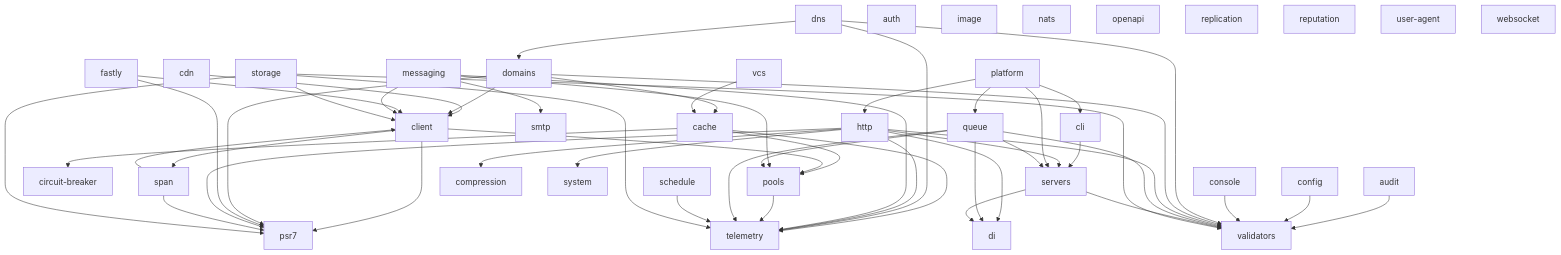
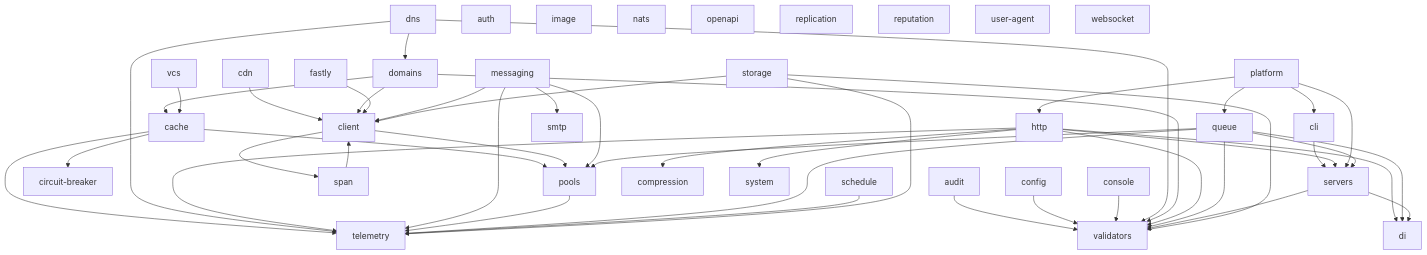
One commit to Neekoras/monorepo changed the diagram in README.md. Above: the diagram before and after it, drawn with Mermaid. The commit also changed 40 other files, not shown here.

````diff
--- a/README.md
+++ b/README.md
@@ -50,62 +50,56 @@
 ```mermaid
 graph TD
     audit --> validators
     cache --> circuit-breaker
     cache --> pools
     cache --> telemetry
     cdn --> client
     cli --> servers
     client --> pools
-    client --> psr7
     client --> span
     config --> validators
     console --> validators
     dns --> telemetry
     dns --> validators
     dns --> domains
     domains --> client
-    domains --> psr7
     domains --> validators
     domains --> cache
     fastly --> client
-    fastly --> psr7
     http --> di
     http --> servers
     http --> compression
-    http --> psr7
     http --> telemetry
     http --> validators
     http --> system
     messaging --> client
     messaging --> pools
     messaging --> smtp
     messaging --> telemetry
     platform --> cli
     platform --> http
     platform --> queue
     platform --> servers
     pools --> telemetry
     queue --> di
     queue --> servers
     queue --> pools
     queue --> telemetry
     queue --> validators
     schedule --> telemetry
     servers --> di
     servers --> validators
     span --> client
-    span --> psr7
     storage --> telemetry
     storage --> validators
     storage --> client
-    storage --> psr7
     vcs --> cache
     auth
     image
     nats
     openapi
     replication
     reputation
     user-agent
     websocket
 ```
````
